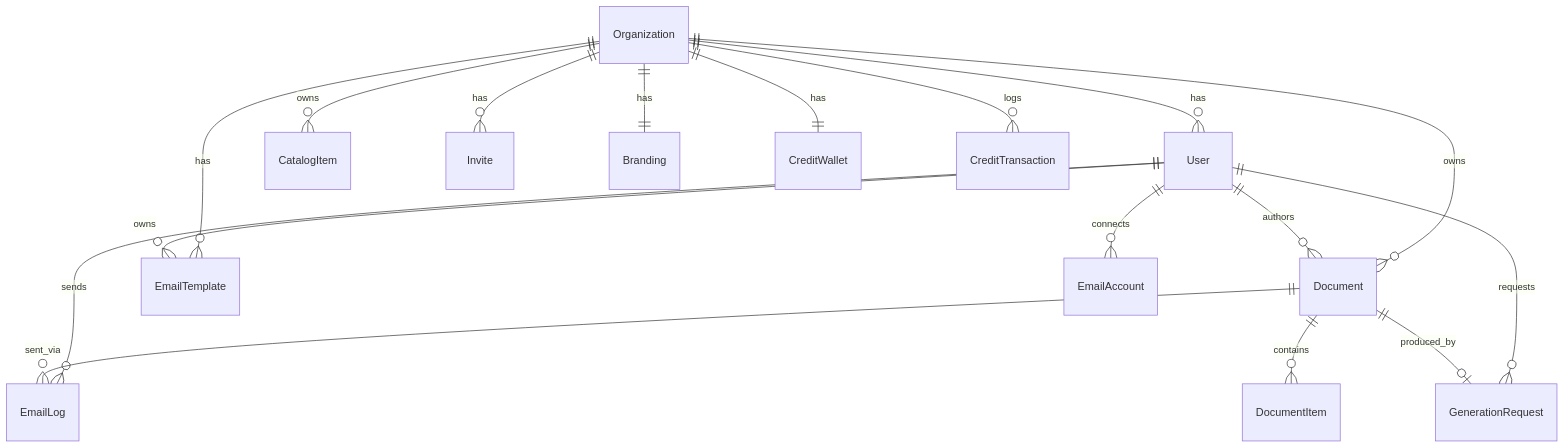
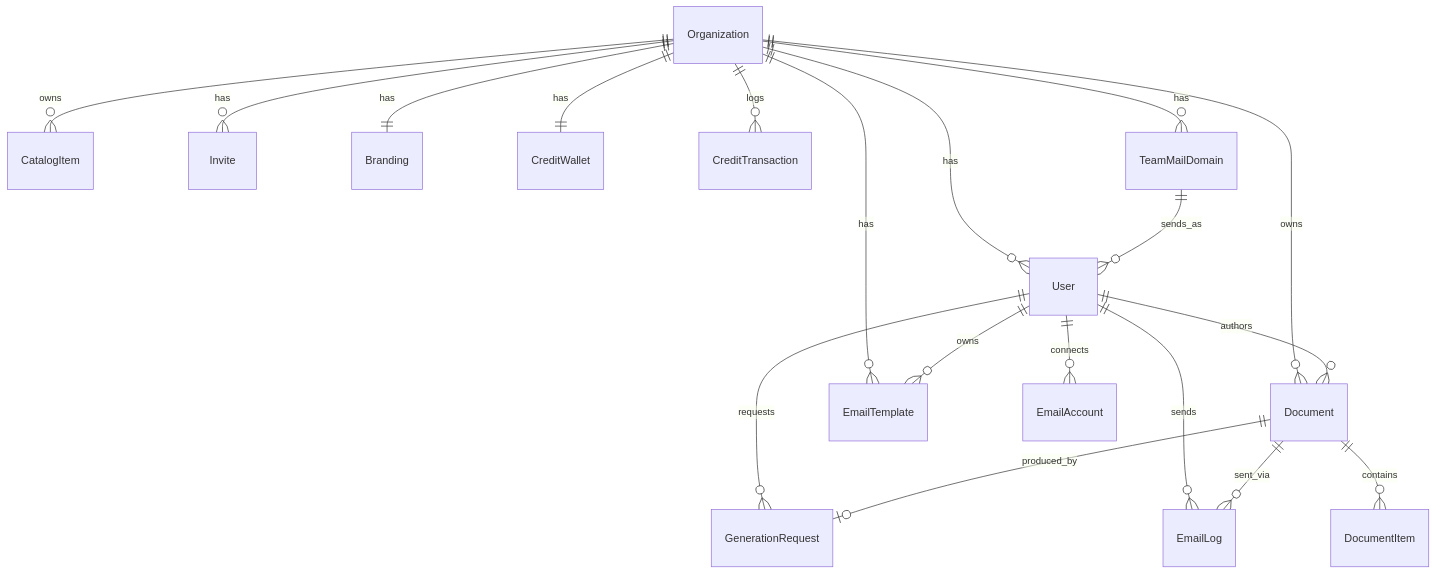
The diagram in docs/ARCHITECTURE.md (JR-STUDY/Deal-Closer), drawn with Mermaid before and after one commit. The commit also changed other lines of this file and 21 other files, not shown here.

````diff
--- a/docs/ARCHITECTURE.md
+++ b/docs/ARCHITECTURE.md
@@ -39,19 +39,21 @@
 ```mermaid
 erDiagram
   Organization ||--o{ User : has
   Organization ||--o{ Document : owns
   Organization ||--o{ CatalogItem : owns
   Organization ||--o{ Invite : has
   Organization ||--|| Branding : has
   Organization ||--|| CreditWallet : has
   Organization ||--o{ CreditTransaction : logs
   Organization ||--o{ EmailTemplate : has
+  Organization ||--o{ TeamMailDomain : has
   User ||--o{ Document : authors
   User ||--o{ EmailAccount : connects
   User ||--o{ EmailLog : sends
   User ||--o{ EmailTemplate : owns
   User ||--o{ GenerationRequest : requests
+  TeamMailDomain ||--o{ User : sends_as
   Document ||--o{ DocumentItem : contains
   Document ||--o{ EmailLog : sent_via
   Document ||--o| GenerationRequest : produced_by
 ```
````
